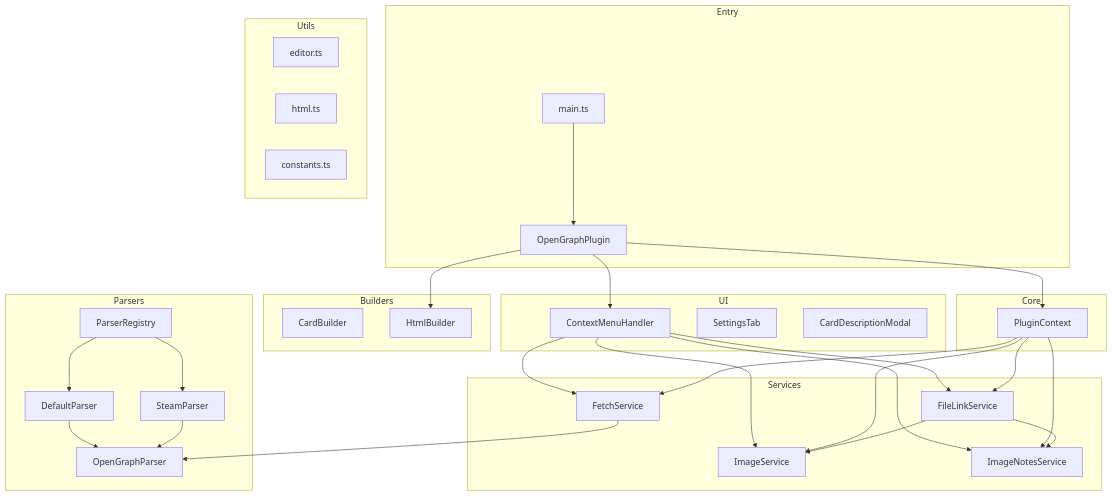
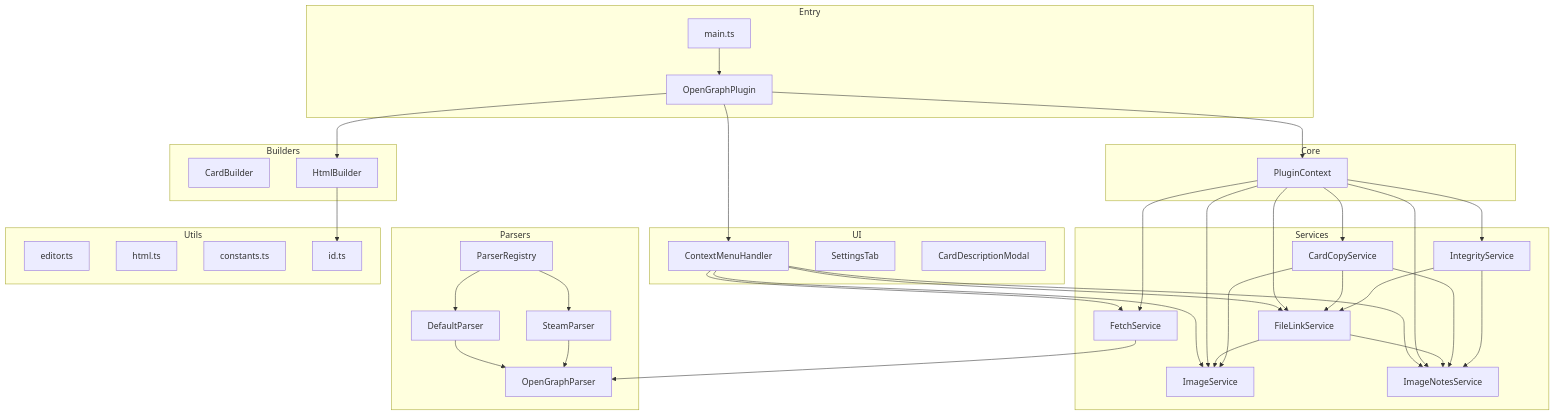
The diagram in AGENTS.md (viruseg/obsidian-open-graph-card), drawn with Mermaid before and after one commit. The commit also changed other lines of this file and 26 other files, not shown here.

````diff
--- a/AGENTS.md
+++ b/AGENTS.md
@@ -11,59 +11,70 @@
 ```mermaid
 flowchart TB
     subgraph Entry
         A[main.ts] --> B[OpenGraphPlugin]
     end
     
     subgraph Core
         B --> C[PluginContext]
     end
     
     subgraph Services
         E[FetchService]
         F[FileLinkService]
         G[ImageService]
         H[ImageNotesService]
+        CC[CardCopyService]
+        IS[IntegrityService]
     end
     
     subgraph Parsers
         I[OpenGraphParser]
         I1[DefaultParser]
         J[SteamParser]
         K[ParserRegistry]
     end
     
     subgraph Builders
         L[CardBuilder]
         M[HtmlBuilder]
     end
     
     subgraph UI
         N[ContextMenuHandler]
         O[SettingsTab]
         P[CardDescriptionModal]
     end
     
     subgraph Utils
         Q[editor.ts]
         R[html.ts]
         S[constants.ts]
+        ID[id.ts]
     end
     
     B --> N
     N --> E
     N --> F
     N --> G
     N --> H
     C --> E
     C --> F
     C --> G
     C --> H
+    C --> CC
+    C --> IS
     E --> I
     B --> M
     F --> G
     F --> H
     I1 --> I
     J --> I
     K --> I1
     K --> J
+    M --> ID
+    CC --> F
+    CC --> G
+    CC --> H
+    IS --> F
+    IS --> H
 ```
````
